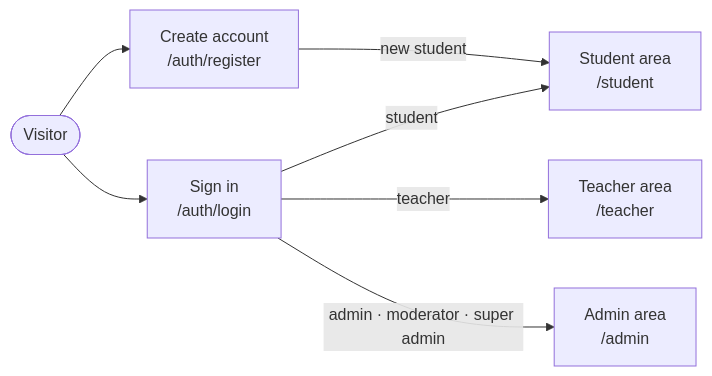
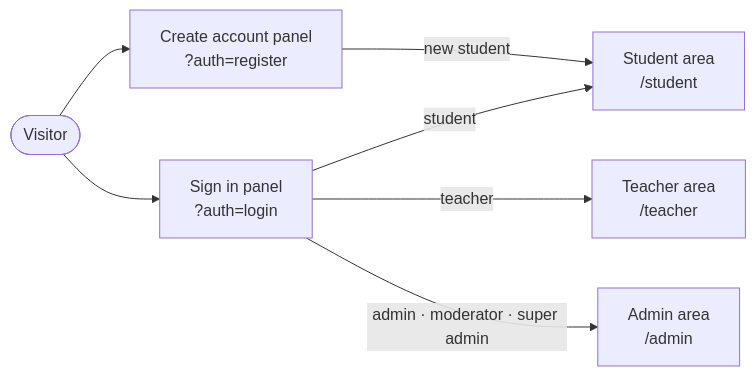
The diagram in docs/frontend-features.md (Yazdani1/Ed-Tech-Learning-Platforms), drawn with Mermaid before and after one commit. The commit also changed other lines of this file and 346 other files, not shown here.

````diff
--- a/docs/frontend-features.md
+++ b/docs/frontend-features.md
@@ -7,9 +7,9 @@
 ```mermaid
 flowchart LR
-    V([Visitor]) --> L[Sign in<br/>/auth/login]
-    V --> R[Create account<br/>/auth/register]
+    V([Visitor]) --> L[Sign in panel<br/>?auth=login]
+    V --> R[Create account panel<br/>?auth=register]
     R -- "new student" --> S
     L -- student --> S[Student area<br/>/student]
     L -- teacher --> T[Teacher area<br/>/teacher]
     L -- "admin · moderator · super admin" --> A[Admin area<br/>/admin]
 ```
````
